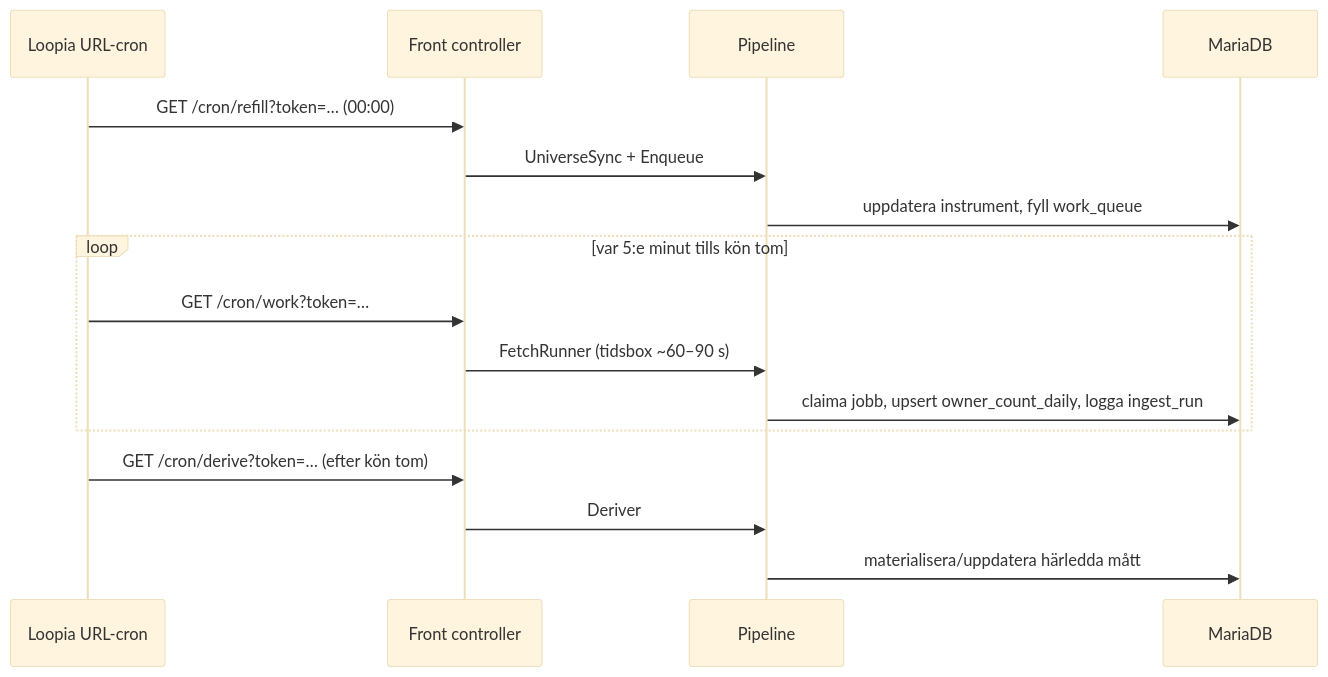
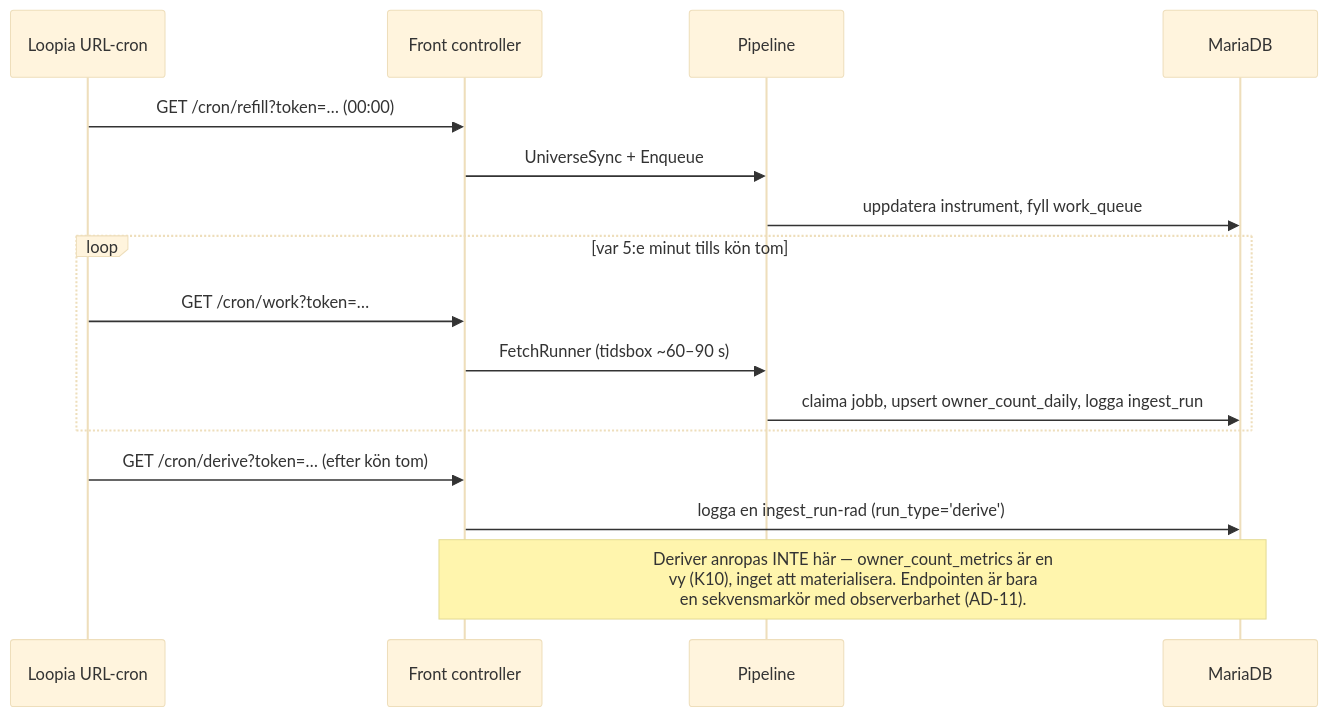
One commit to ryddmo/stockpicker changed the third of 5 diagrams in _bmad-output/planning-artifacts/architecture/architecture-stockpicker-2026-09-08/ARCHITECTURE-SPINE.md. Above: the diagram before and after it, drawn with Mermaid (base theme). The commit also changed other lines of this file and 19 other files, not shown here.

````diff
--- a/_bmad-output/planning-artifacts/architecture/architecture-stockpicker-2026-09-08/ARCHITECTURE-SPINE.md
+++ b/_bmad-output/planning-artifacts/architecture/architecture-stockpicker-2026-09-08/ARCHITECTURE-SPINE.md
@@ -240,18 +358,18 @@
 ```mermaid
 sequenceDiagram
     participant Cron as Loopia URL-cron
     participant FC as Front controller
     participant P as Pipeline
     participant DB as MariaDB
     Cron->>FC: GET /cron/refill?token=… (00:00)
     FC->>P: UniverseSync + Enqueue
     P->>DB: uppdatera instrument, fyll work_queue
     loop var 5:e minut tills kön tom
         Cron->>FC: GET /cron/work?token=…
         FC->>P: FetchRunner (tidsbox ~60–90 s)
         P->>DB: claima jobb, upsert owner_count_daily, logga ingest_run
     end
     Cron->>FC: GET /cron/derive?token=… (efter kön tom)
-    FC->>P: Deriver
-    P->>DB: materialisera/uppdatera härledda mått
+    FC->>DB: logga en ingest_run-rad (run_type='derive')
+    Note over FC,DB: Deriver anropas INTE här — owner_count_metrics är en<br/>vy (K10), inget att materialisera. Endpointen är bara<br/>en sekvensmarkör med observerbarhet (AD-11).
 ```
````
